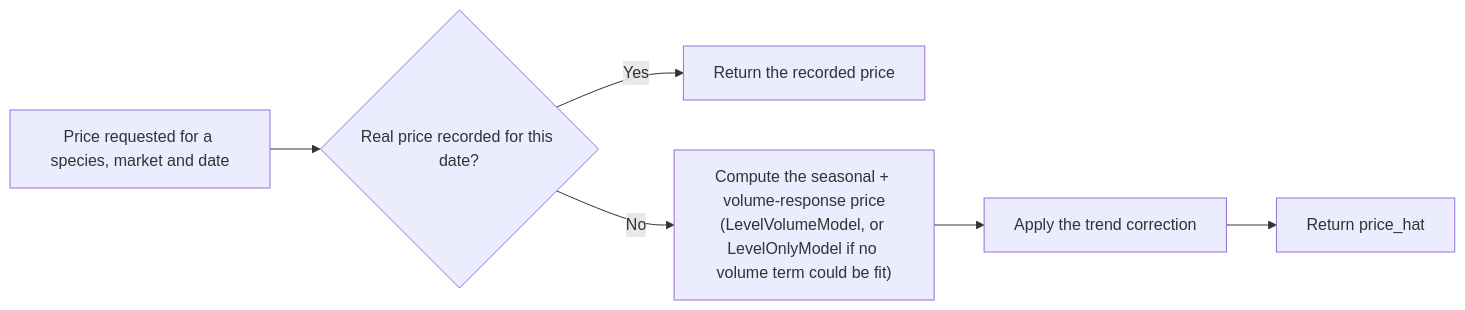
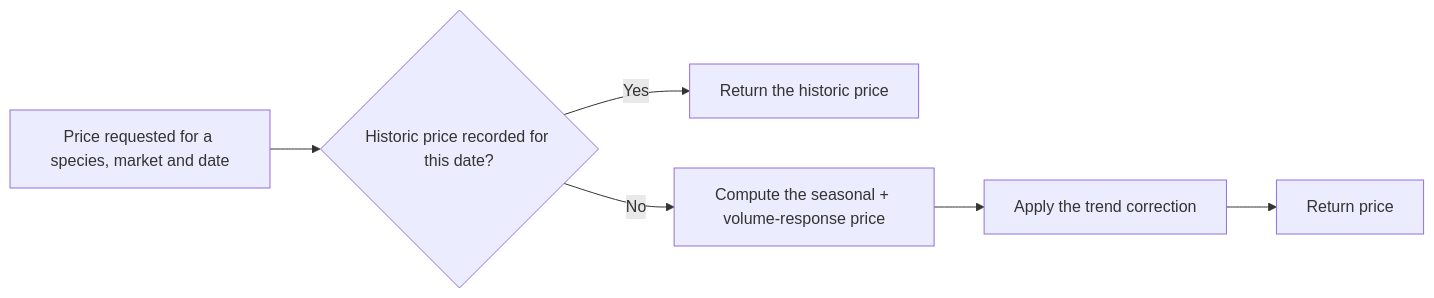
The fourth of 5 diagrams in src/models/market/ARCHITECTURE.md (SURIMI-Project/SURIMI-market), drawn with Mermaid before and after one commit. The commit also changed other lines of this file, not shown here.

First line of the commit message:
docs: restructure price model section, trim validation narrative

````diff
--- a/src/models/market/ARCHITECTURE.md
+++ b/src/models/market/ARCHITECTURE.md
@@ -413,8 +302,8 @@
 ```mermaid
 flowchart LR
-    A[Price requested for a species, market and date] --> B{Real price recorded for this date?}
-    B -->|Yes| C[Return the recorded price]
-    B -->|No| D["Compute the seasonal + volume-response price<br/>(LevelVolumeModel, or LevelOnlyModel if no volume term could be fit)"]
+    A[Price requested for a species, market and date] --> B{Historic price recorded for this date?}
+    B -->|Yes| C[Return the historic price]
+    B -->|No| D["Compute the seasonal + volume-response price<br/>"]
     D --> E[Apply the trend correction]
-    E --> F[Return price_hat]
+    E --> F[Return price]
 ```
````
